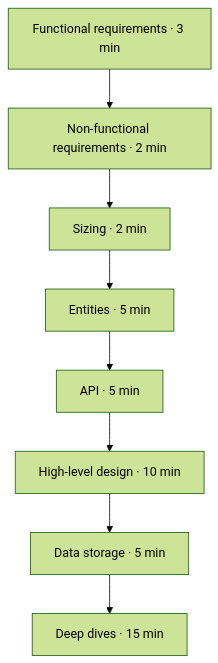
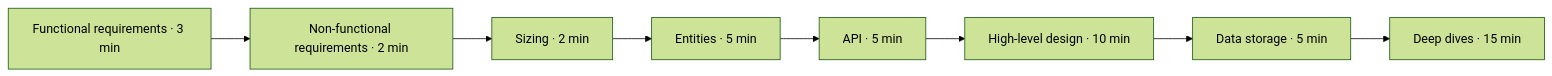
The second of 2 diagrams in labs/design/market-indexes.md (zizitop13/mock-interview-club-public), drawn with Mermaid (forest theme) before and after one commit. The commit also changed other lines of this file and 6 other files, not shown here.

````diff
--- a/labs/design/market-indexes.md
+++ b/labs/design/market-indexes.md
@@ -53,10 +49,10 @@
 ```mermaid
-flowchart TD
+flowchart LR
     FR["Functional requirements · 3 min"] --> NFR["Non-functional requirements · 2 min"]
     NFR --> Size["Sizing · 2 min"]
     Size --> Entities["Entities · 5 min"]
     Entities --> API["API · 5 min"]
     API --> HLD["High-level design · 10 min"]
     HLD --> Storage["Data storage · 5 min"]
     Storage --> Deep["Deep dives · 15 min"]
 ```
````
